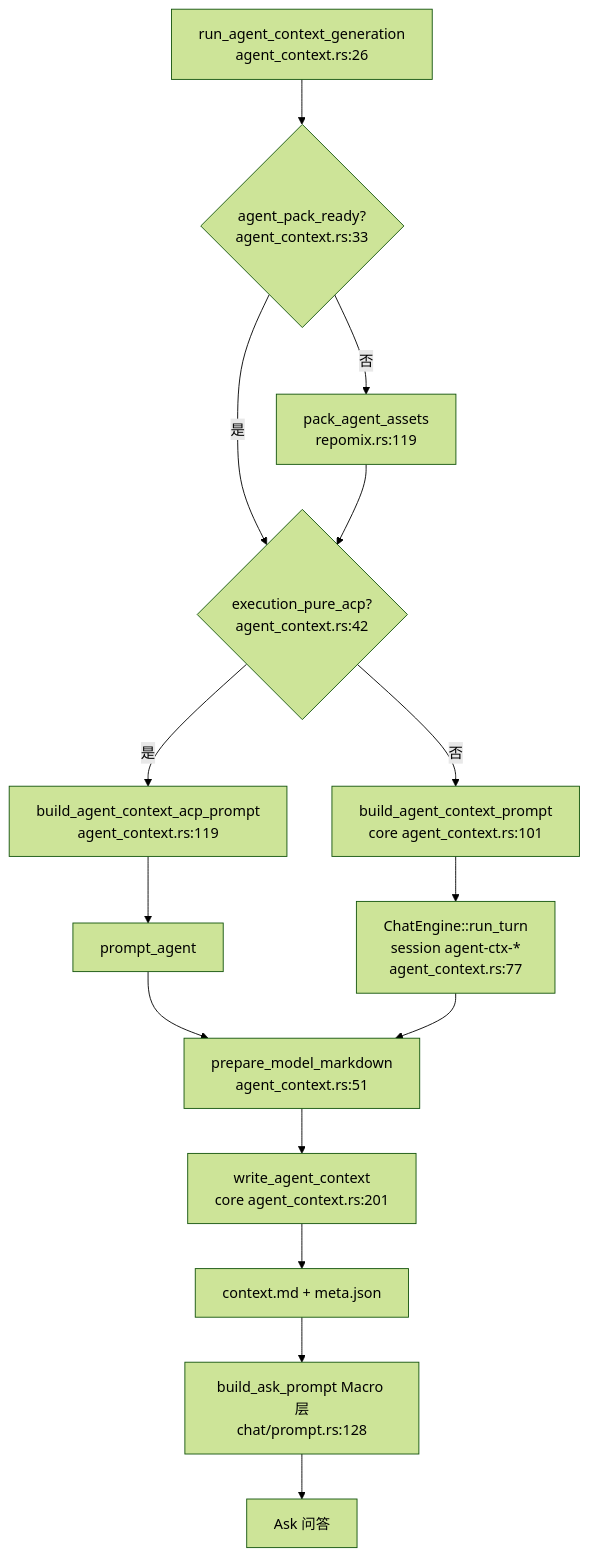
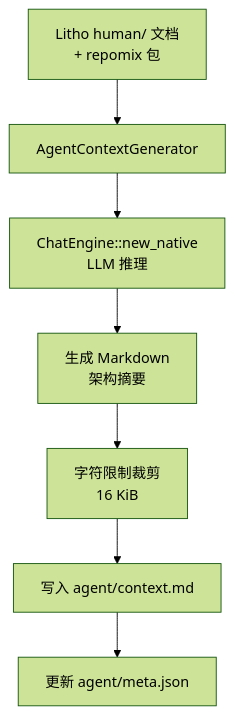
One commit to sopaco/terrain changed the diagram in .terrain/human/4.Deep-Exploration/Agent上下文.md. Above: the diagram before and after it, drawn with Mermaid (forest theme). The commit also changed other lines of this file and 79 other files, not shown here.

````diff
--- a/.terrain/human/4.Deep-Exploration/Agent上下文.md
+++ b/.terrain/human/4.Deep-Exploration/Agent上下文.md
@@ -55,17 +36,9 @@
 ```mermaid
 flowchart TD
-    A["run_agent_context_generation<br/>agent_context.rs:26"] --> B{"agent_pack_ready?<br/>agent_context.rs:33"}
-    B -->|否| C["pack_agent_assets<br/>repomix.rs:119"]
-    B -->|是| D{"execution_pure_acp?<br/>agent_context.rs:42"}
-    C --> D
-    D -->|是| E["build_agent_context_acp_prompt<br/>agent_context.rs:119"]
-    E --> F["prompt_agent"]
-    D -->|否| G["build_agent_context_prompt<br/>core agent_context.rs:101"]
-    G --> H["ChatEngine::run_turn<br/>session agent-ctx-*<br/>agent_context.rs:77"]
-    F --> I["prepare_model_markdown<br/>agent_context.rs:51"]
-    H --> I
-    I --> J["write_agent_context<br/>core agent_context.rs:201"]
-    J --> K["context.md + meta.json"]
-    K --> L["build_ask_prompt Macro 层<br/>chat/prompt.rs:128"]
-    L --> M["Ask 问答"]
+    A["Litho human/ 文档<br/>+ repomix 包"] --> B["AgentContextGenerator"]
+    B --> C["ChatEngine::new_native<br/>LLM 推理"]
+    C --> D["生成 Markdown<br/>架构摘要"]
+    D --> E["字符限制裁剪<br/>16 KiB"]
+    E --> F["写入 agent/context.md"]
+    F --> G["更新 agent/meta.json"]
 ```
````
